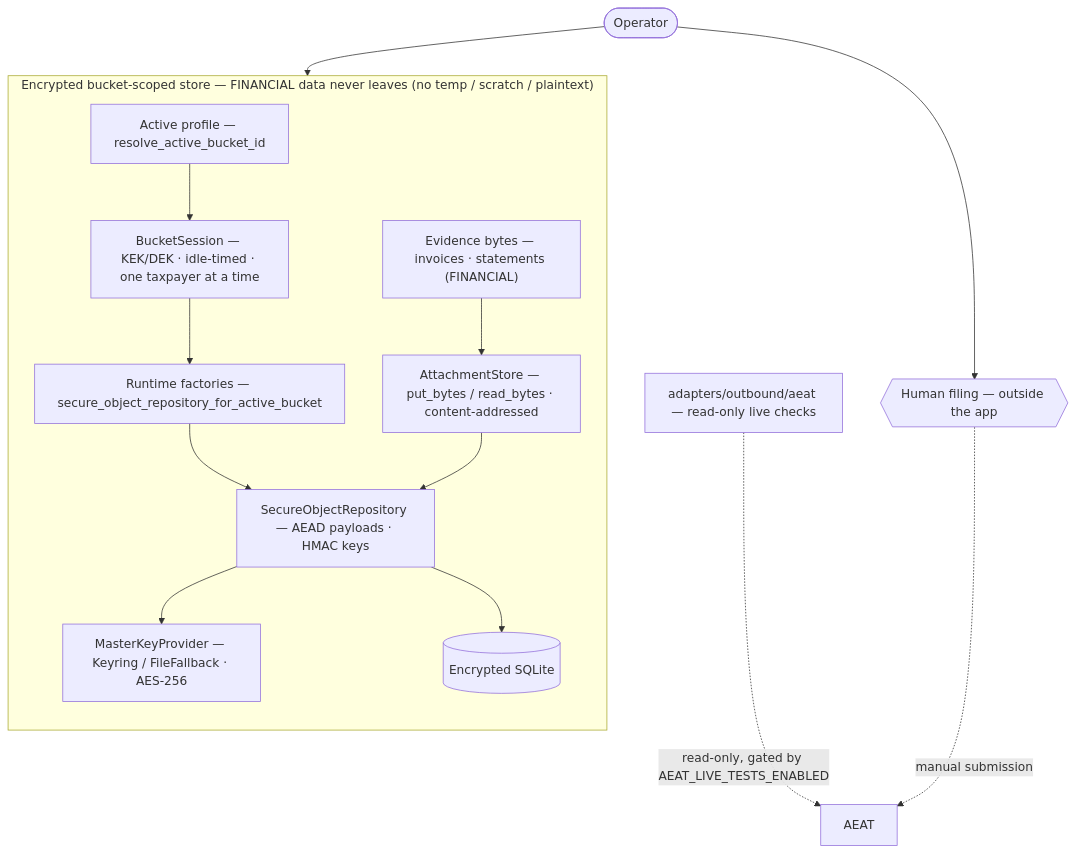
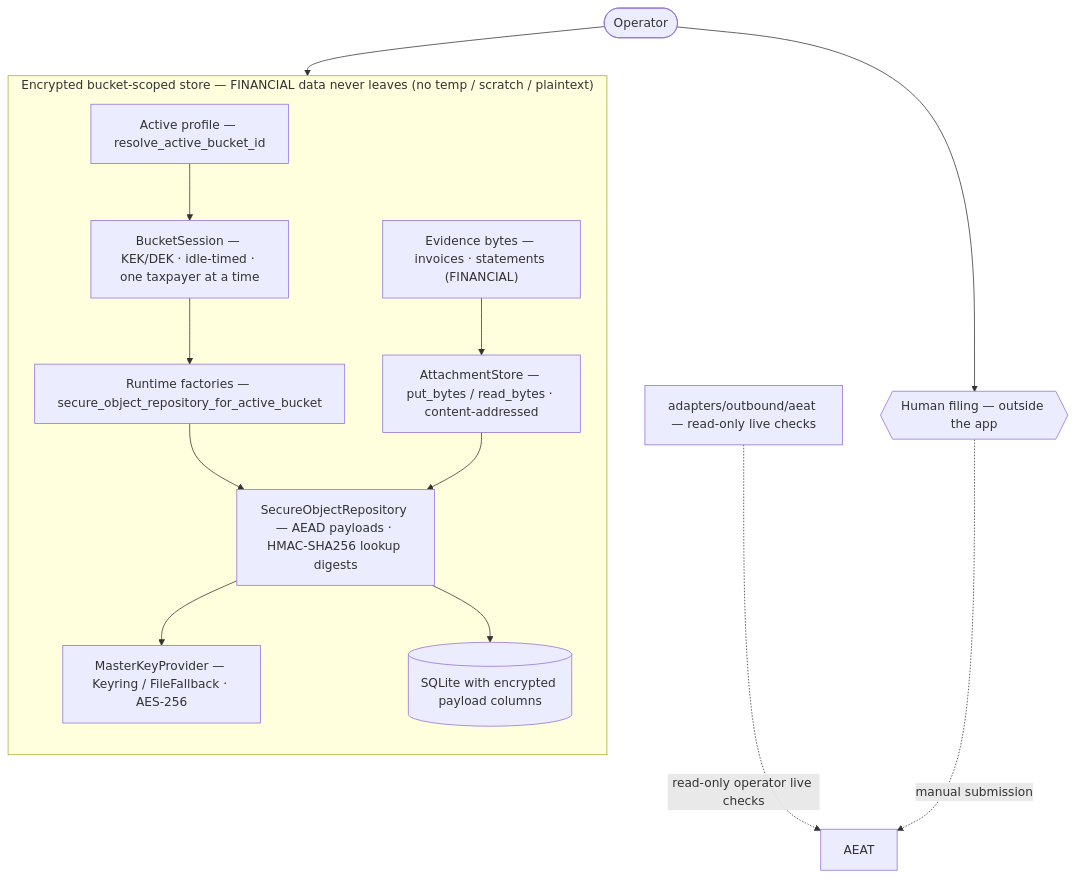
One commit to nevenincs/cadrumo changed the fifth of 5 diagrams in docs/architecture/index.md. Above: the diagram before and after it, drawn with Mermaid. The commit also changed other lines of this file and 2545 other files, not shown here.

````diff
--- a/docs/architecture/index.md
+++ b/docs/architecture/index.md
@@ -244,27 +272,27 @@
 ```mermaid
 flowchart TD
     OP(["Operator"])
     subgraph boundary["Encrypted bucket-scoped store — FINANCIAL data never leaves (no temp / scratch / plaintext)"]
         direction TB
         PROF["Active profile — resolve_active_bucket_id"]
         SESS["BucketSession — KEK/DEK · idle-timed · one taxpayer at a time"]
         FAC["Runtime factories — secure_object_repository_for_active_bucket"]
-        REPO["SecureObjectRepository — AEAD payloads · HMAC keys"]
+        REPO["SecureObjectRepository — AEAD payloads · HMAC-SHA256 lookup digests"]
         MK["MasterKeyProvider — Keyring / FileFallback · AES-256"]
-        DB[("Encrypted SQLite")]
+        DB[("SQLite with encrypted payload columns")]
         ATT["AttachmentStore — put_bytes / read_bytes · content-addressed"]
         EV["Evidence bytes — invoices · statements (FINANCIAL)"]
         PROF --> SESS --> FAC --> REPO
         REPO --> MK
         REPO --> DB
         ATT --> REPO
         EV --> ATT
     end
     SEDE["adapters/outbound/aeat — read-only live checks"]
     AEAT["AEAT"]
     HUM{{"Human filing — outside the app"}}
     OP --> PROF
-    SEDE -.->|"read-only, gated by AEAT_LIVE_TESTS_ENABLED"| AEAT
+    SEDE -.->|"read-only operator live checks"| AEAT
     OP --> HUM
     HUM -.->|"manual submission"| AEAT
 ```
````
